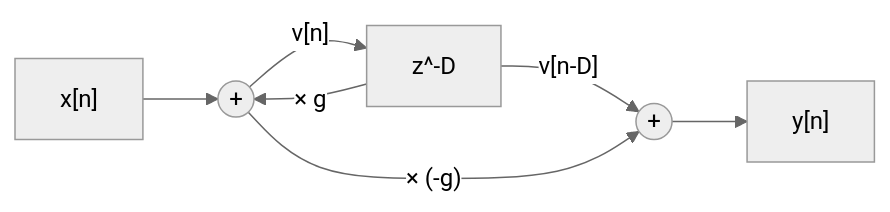
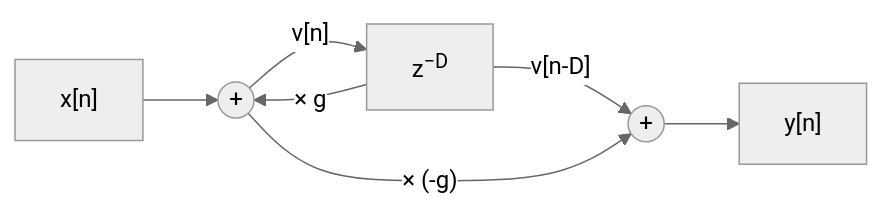
The second of 11 diagrams in lessons/12-reverb/README.zh-TW.md (TomHsieh300/DAW-for-fun), drawn with Mermaid (neutral theme) before and after one commit. The commit also changed other lines of this file and 19 other files, not shown here.

First line of the commit message:
lessons: typeset subscripts and superscripts in Mermaid labels

````diff
--- a/lessons/12-reverb/README.zh-TW.md
+++ b/lessons/12-reverb/README.zh-TW.md
@@ -164,9 +164,9 @@
 ```mermaid
 flowchart LR
     X["x[n]"] --> S1(("#43;"))
-    S1 -->|"v[n]"| D["z^-D"]
+    S1 -->|"v[n]"| D["z<sup>−D</sup>"]
     D -->|"v[n-D]"| S2(("#43;"))
     D -->|"× g"| S1
     S1 -->|"× (-g)"| S2
     S2 --> Y["y[n]"]
 ```
````
